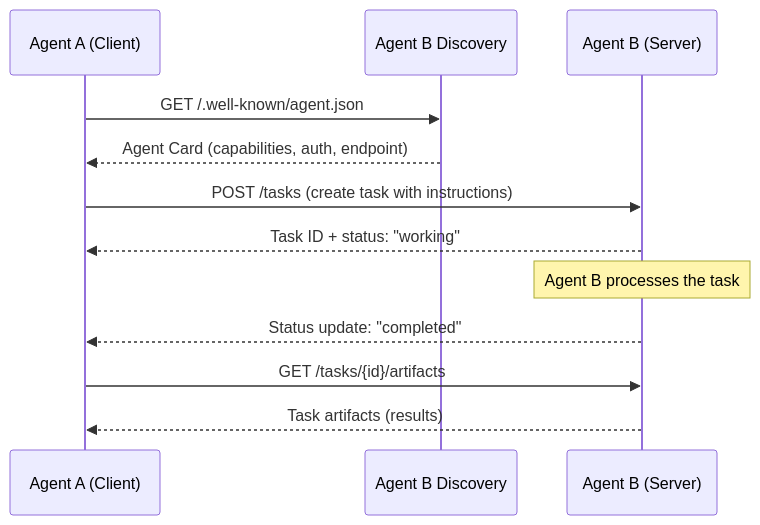
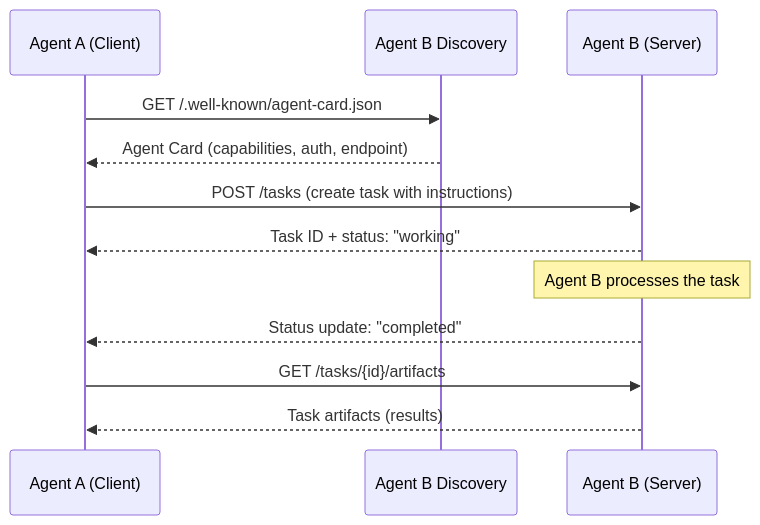
One commit to frootai/frootai changed diagram 16 of 18 in .factory/docs/learning/o2-ai-agents-deep-dive.mdx. Above: the diagram before and after it, drawn with Mermaid. The commit also changed other lines of this file and 42 other files, not shown here.

````diff
--- a/.factory/docs/learning/o2-ai-agents-deep-dive.mdx
+++ b/.factory/docs/learning/o2-ai-agents-deep-dive.mdx
@@ -1137,18 +1140,18 @@
 ```mermaid
 sequenceDiagram
     participant A as Agent A (Client)
     participant D as Agent B Discovery
     participant B as Agent B (Server)
 
-    A->>D: GET /.well-known/agent.json
+    A->>D: GET /.well-known/agent-card.json
     D-->>A: Agent Card (capabilities, auth, endpoint)
 
     A->>B: POST /tasks (create task with instructions)
     B-->>A: Task ID + status: "working"
 
     Note over B: Agent B processes the task
 
     B-->>A: Status update: "completed"
     A->>B: GET /tasks/{id}/artifacts
     B-->>A: Task artifacts (results)
 ```
````
